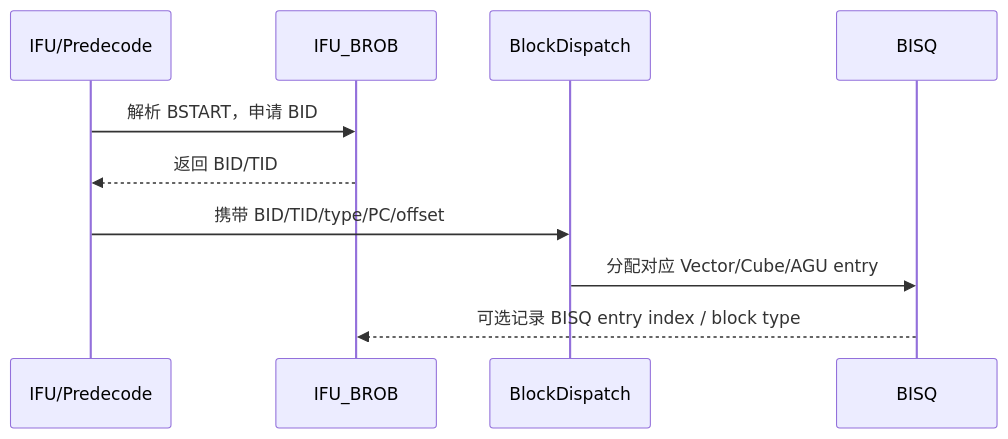
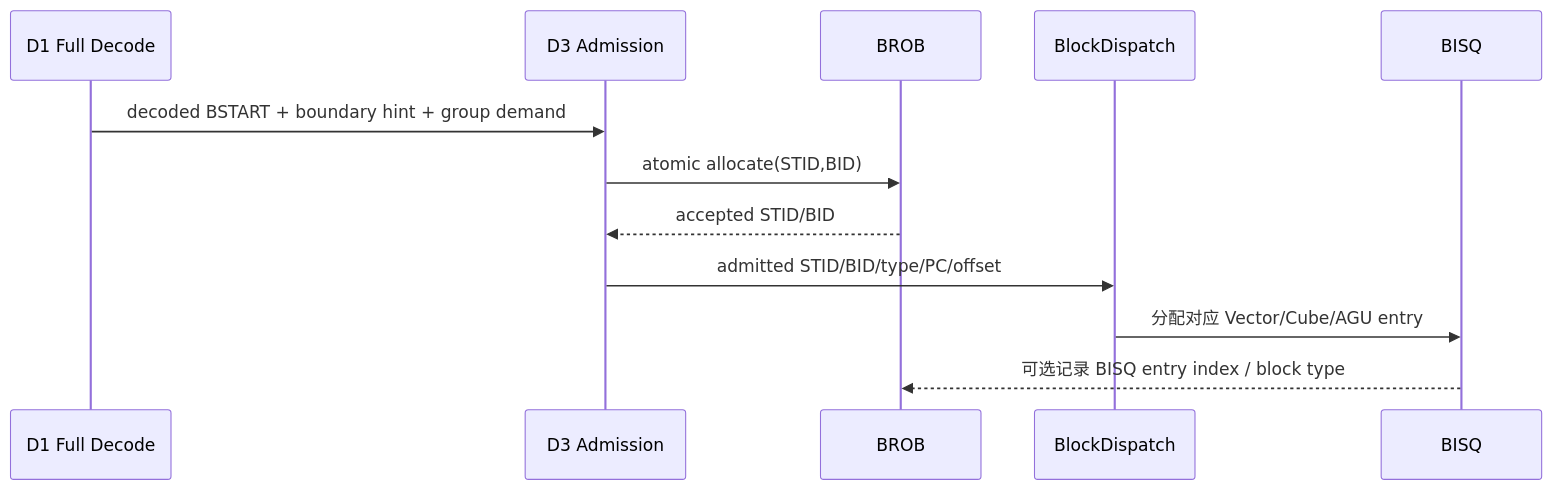
Before and after one commit to LinxISA/LinxCore: the second of 6 diagrams in docs/architecture/Janus/BCC/02_BROB.md, drawn with Mermaid. The commit also changed other lines of this file and 73 other files, not shown here.

````diff
--- a/docs/architecture/Janus/BCC/02_BROB.md
+++ b/docs/architecture/Janus/BCC/02_BROB.md
@@ -98,13 +100,15 @@
 ```mermaid
 sequenceDiagram
-  participant IFU as IFU/Predecode
-  participant BROB as IFU_BROB
+  participant D1 as D1 Full Decode
+  participant D3 as D3 Admission
+  participant BROB as BROB
   participant DISP as BlockDispatch
   participant BISQ as BISQ
 
-  IFU->>BROB: 解析 BSTART，申请 BID
-  BROB-->>IFU: 返回 BID/TID
-  IFU->>DISP: 携带 BID/TID/type/PC/offset
+  D1->>D3: decoded BSTART + boundary hint + group demand
+  D3->>BROB: atomic allocate(STID,BID)
+  BROB-->>D3: accepted STID/BID
+  D3->>DISP: admitted STID/BID/type/PC/offset
   DISP->>BISQ: 分配对应 Vector/Cube/AGU entry
   BISQ-->>BROB: 可选记录 BISQ entry index / block type
 ```
````
